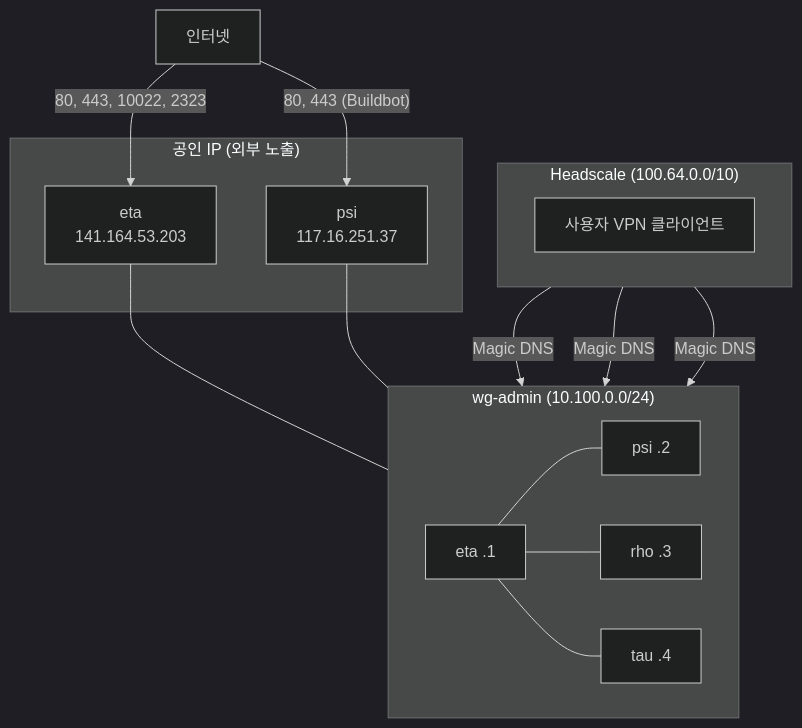
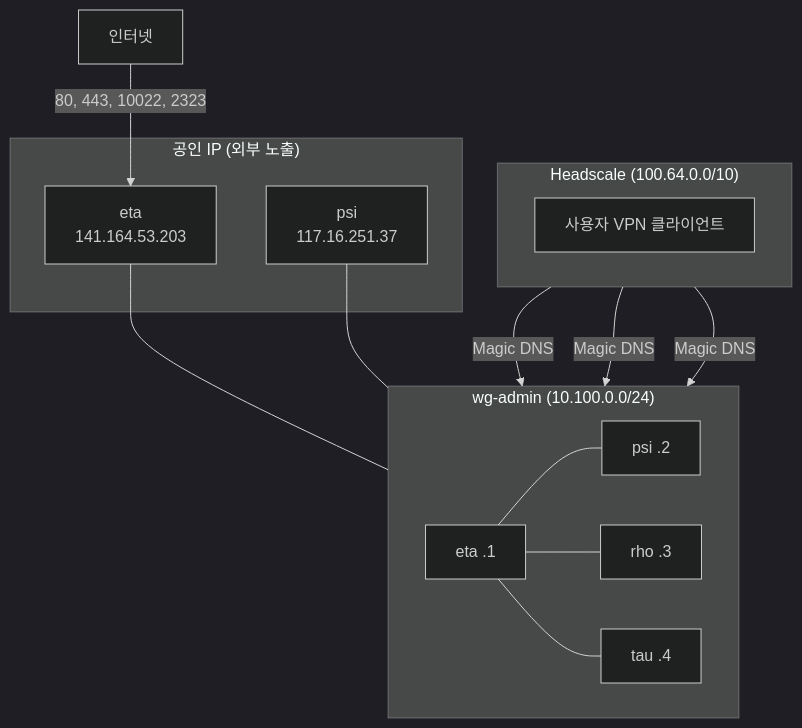
Before and after one commit to SBEE-Lab/infra: the first of 2 diagrams in docs/admin/network.md, drawn with Mermaid (dark theme). The commit also changed other lines of this file and 7 other files, not shown here.

````diff
--- a/docs/admin/network.md
+++ b/docs/admin/network.md
@@ -5,33 +5,32 @@
 ```mermaid
 graph TB
   internet["인터넷"]
 
   subgraph public["공인 IP (외부 노출)"]
     eta_pub["eta<br/>141.164.53.203"]
     psi_pub["psi<br/>117.16.251.37"]
   end
 
   subgraph wg["wg-admin (10.100.0.0/24)"]
     direction LR
     eta_wg["eta .1"]
     psi_wg["psi .2"]
     rho_wg["rho .3"]
     tau_wg["tau .4"]
   end
 
   subgraph hs["Headscale (100.64.0.0/10)"]
     direction LR
     users["사용자 VPN 클라이언트"]
   end
 
   internet -- "80, 443, 10022, 2323" --> eta_pub
-  internet -- "80, 443 (Buildbot)" --> psi_pub
   eta_pub --- eta_wg
   psi_pub --- psi_wg
   eta_wg --- psi_wg
   eta_wg --- rho_wg
   eta_wg --- tau_wg
   users -- "Magic DNS" --> eta_wg
   users -- "Magic DNS" --> psi_wg
   users -- "Magic DNS" --> tau_wg
 ```
````
